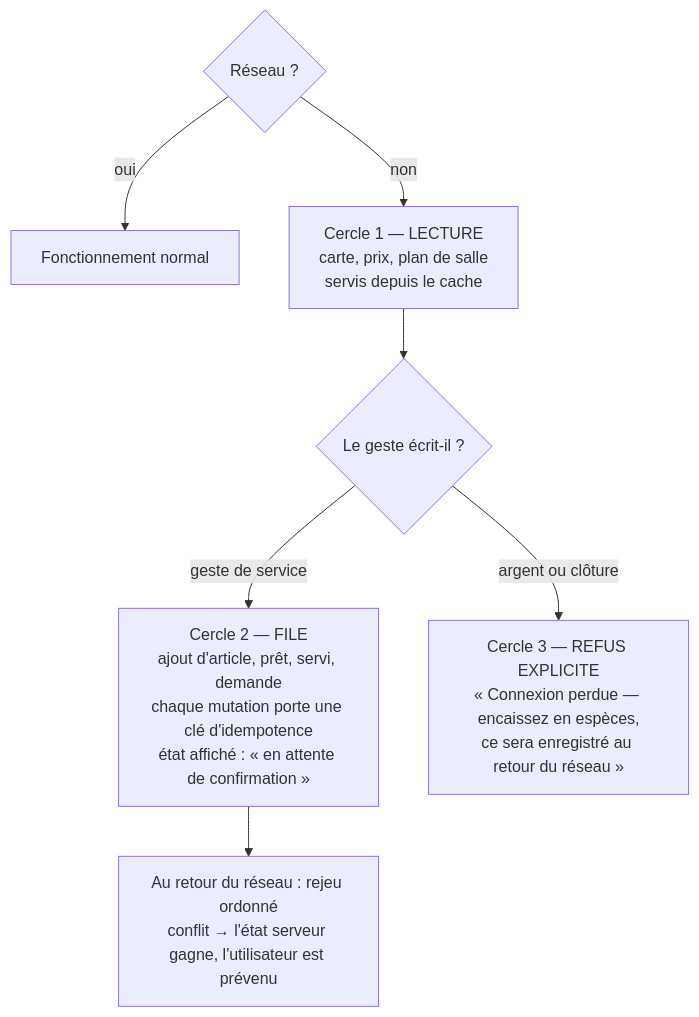
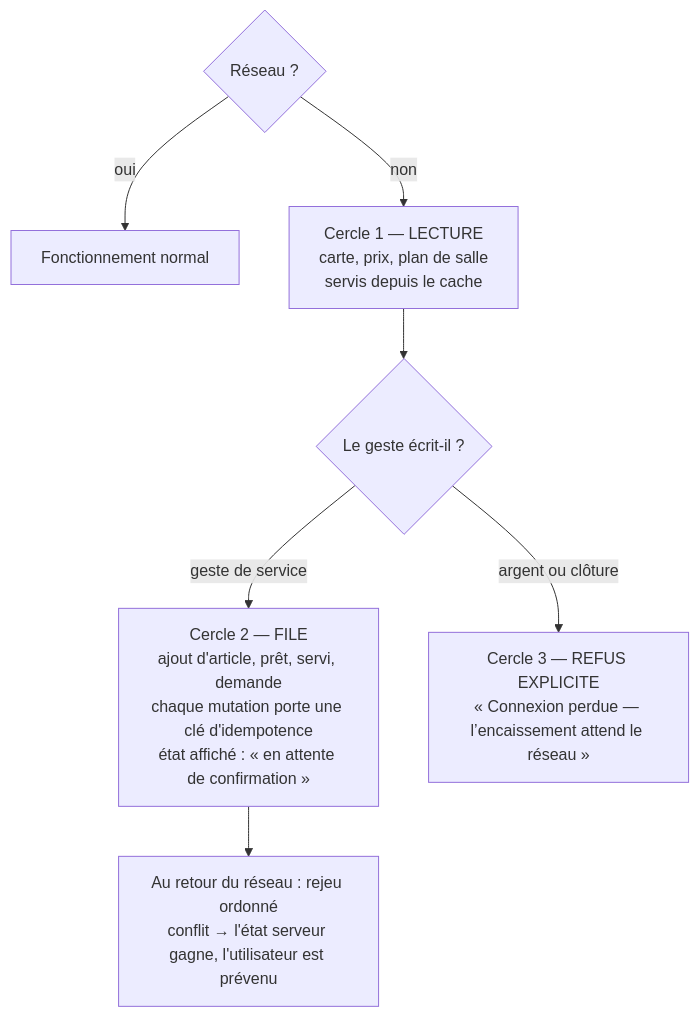
Diagram 11 of 11 in ARCHITECTURE.md (James10192/Restaurant-management), drawn with Mermaid before and after one commit. The commit also changed 5 other files, not shown here.

````diff
--- a/ARCHITECTURE.md
+++ b/ARCHITECTURE.md
@@ -541,9 +541,9 @@
 ```mermaid
 flowchart TD
     N{"Réseau ?"} -->|"oui"| OK["Fonctionnement normal"]
     N -->|"non"| C1["Cercle 1 — LECTURE<br/>carte, prix, plan de salle<br/>servis depuis le cache"]
     C1 --> C2{"Le geste écrit-il ?"}
     C2 -->|"geste de service"| Q["Cercle 2 — FILE<br/>ajout d'article, prêt, servi, demande<br/>chaque mutation porte une clé d'idempotence<br/>état affiché : « en attente de confirmation »"]
-    C2 -->|"argent ou clôture"| BLK["Cercle 3 — REFUS EXPLICITE<br/>« Connexion perdue — encaissez en espèces,<br/>ce sera enregistré au retour du réseau »"]
+    C2 -->|"argent ou clôture"| BLK["Cercle 3 — REFUS EXPLICITE<br/>« Connexion perdue — l’encaissement attend le réseau »"]
     Q --> SYNC["Au retour du réseau : rejeu ordonné<br/>conflit → l'état serveur gagne, l'utilisateur est prévenu"]
 ```
````
